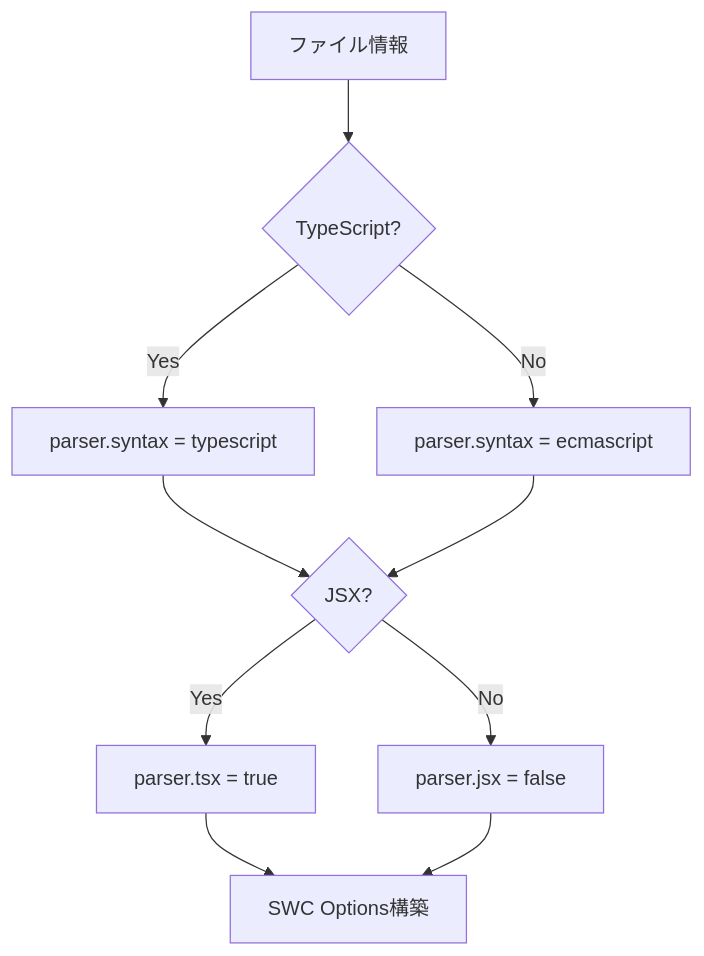
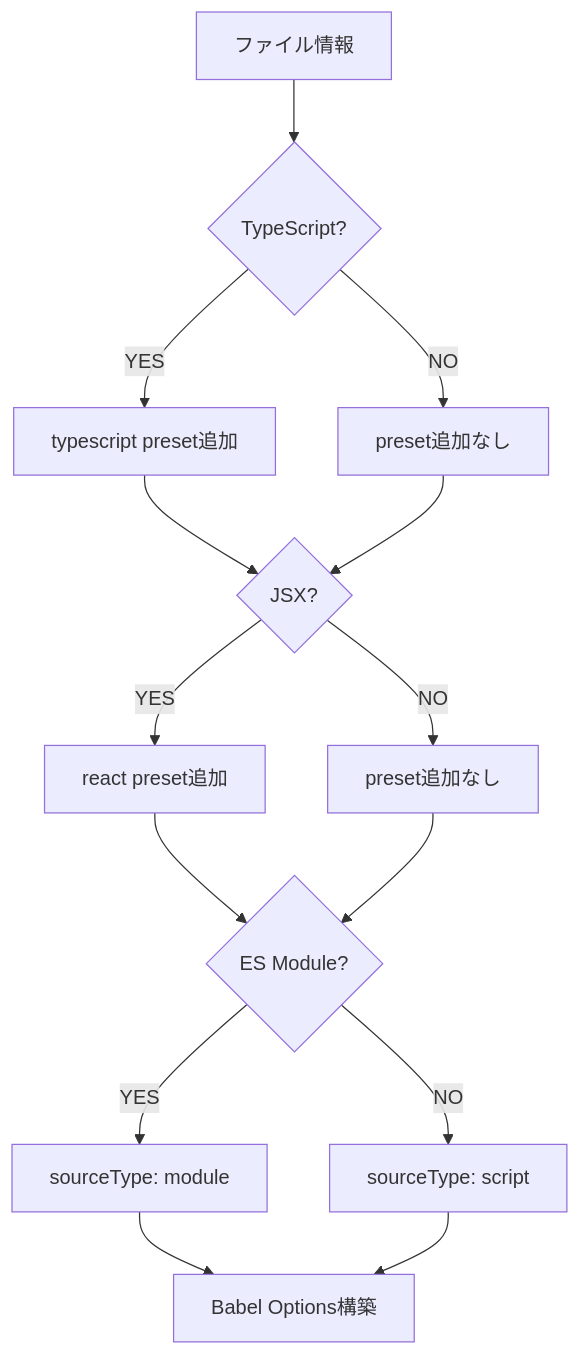
One commit to Stasshe/Pyxis-CodeCanvas changed the eighth of 12 diagrams in docs/NODE-RUNTIME.md. Above: the diagram before and after it, drawn with Mermaid. The commit also changed other lines of this file and 3 other files, not shown here.

````diff
--- a/docs/NODE-RUNTIME.md
+++ b/docs/NODE-RUNTIME.md
@@ -429,20 +517,27 @@
 ```mermaid
 graph TB
     Input[ファイル情報]
     TS{TypeScript?}
     JSX{JSX?}
-    Config[SWC Options構築]
+    Module{ES Module?}
+    Config[Babel Options構築]
     
     Input --> TS
-    TS -->|Yes| TSConfig[parser.syntax = typescript]
-    TS -->|No| JSConfig[parser.syntax = ecmascript]
+    TS -->|YES| TSPreset[typescript preset追加]
+    TS -->|NO| NoTS[preset追加なし]
     
-    TSConfig --> JSX
-    JSConfig --> JSX
+    TSPreset --> JSX
+    NoTS --> JSX
     
-    JSX -->|Yes| JSXEnable[parser.tsx = true]
-    JSX -->|No| JSXDisable[parser.jsx = false]
+    JSX -->|YES| JSXPreset[react preset追加]
+    JSX -->|NO| NoJSX[preset追加なし]
     
-    JSXEnable --> Config
-    JSXDisable --> Config
+    JSXPreset --> Module
+    NoJSX --> Module
+    
+    Module -->|YES| ESMSource[sourceType: module]
+    Module -->|NO| ScriptSource[sourceType: script]
+    
+    ESMSource --> Config
+    ScriptSource --> Config
 ```
````
